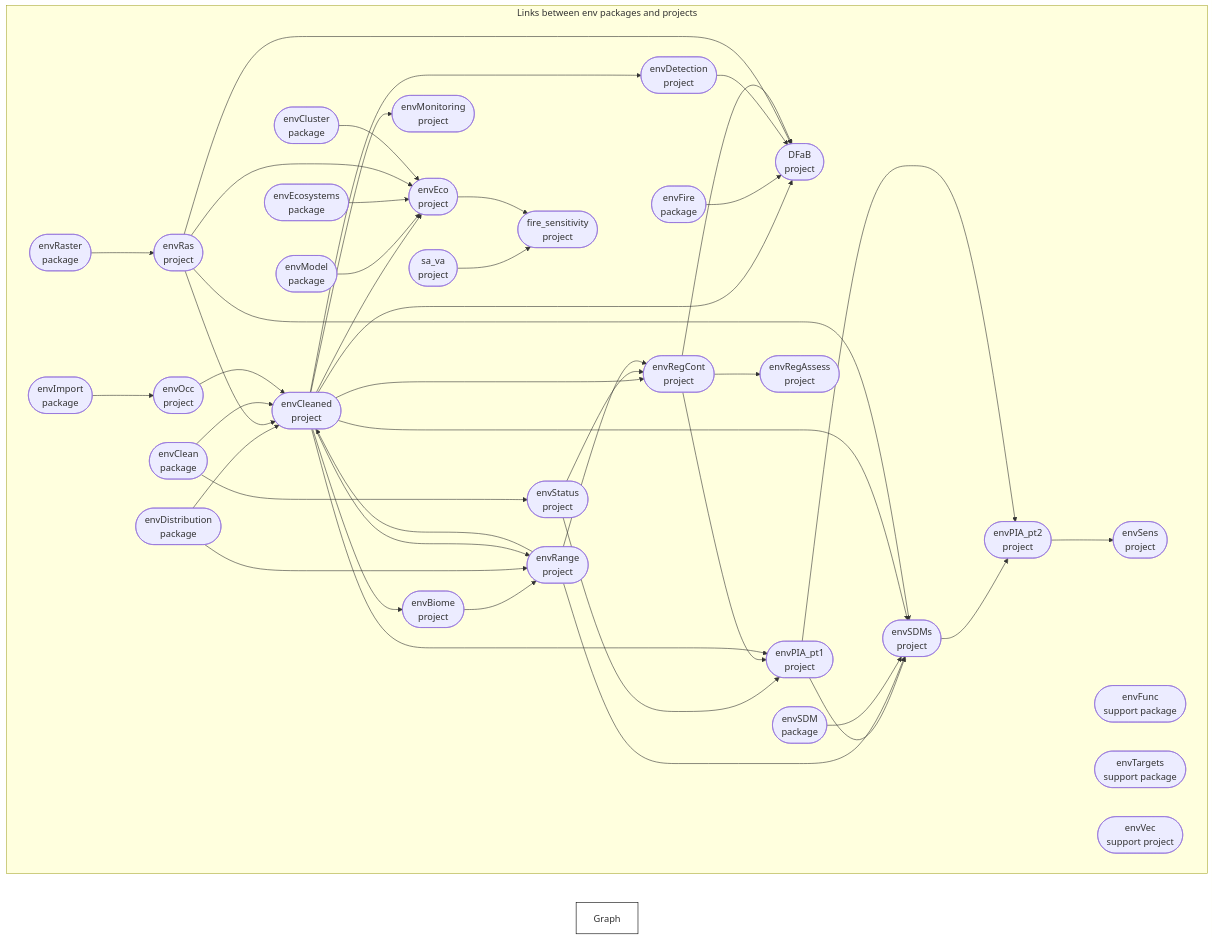
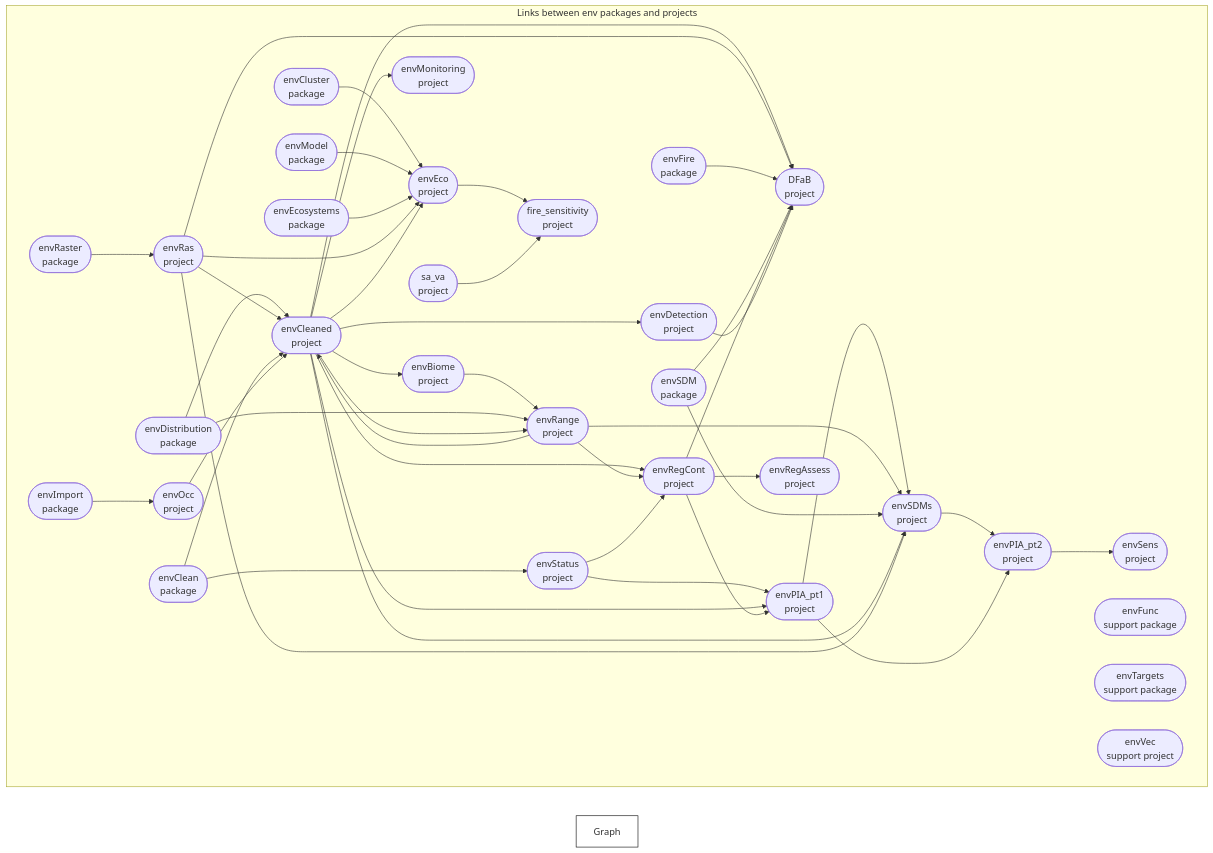
Before and after one commit to dew-landscapes/.github: the diagram in profile/README.md, drawn with Mermaid. The commit also changed other lines of this file and 2 other files, not shown here.

Commit message:
DFaB SDM pkg dependency

````diff
--- a/profile/README.md
+++ b/profile/README.md
@@ -44,51 +44,52 @@
 ``` mermaid
 graph LR
   style Graph fill:#FFFFFF00,stroke:#000000;
   subgraph Links between env packages and projects
     direction LR
     x4e1f08a5bd05b882(["envCleaned<br>project"]):::queued --> x0658f5015c0c4be5(["DFaB<br>project"]):::queued
+    x67b5feaf09e4d0ca(["envRas<br>project"]):::queued --> x0658f5015c0c4be5(["DFaB<br>project"]):::queued
     xb092d78dc6463536(["envFire<br>package"]):::queued --> x0658f5015c0c4be5(["DFaB<br>project"]):::queued
+    x07cddf360e9b199e(["envSDM<br>package"]):::queued --> x0658f5015c0c4be5(["DFaB<br>project"]):::queued
+    x5499a04bf3778295(["envRegCont<br>project"]):::queued --> x0658f5015c0c4be5(["DFaB<br>project"]):::queued
     x0da89b87fbc34bf3(["envDetection<br>project"]):::queued --> x0658f5015c0c4be5(["DFaB<br>project"]):::queued
-    x67b5feaf09e4d0ca(["envRas<br>project"]):::queued --> x0658f5015c0c4be5(["DFaB<br>project"]):::queued
-    x5499a04bf3778295(["envRegCont<br>project"]):::queued --> x0658f5015c0c4be5(["DFaB<br>project"]):::queued
     x4e1f08a5bd05b882(["envCleaned<br>project"]):::queued --> xd8ce469e231f9860(["envBiome<br>project"]):::queued
     xb53407deaf8a50f7(["envDistribution<br>package"]):::queued --> x4e1f08a5bd05b882(["envCleaned<br>project"]):::queued
     x67b5feaf09e4d0ca(["envRas<br>project"]):::queued --> x4e1f08a5bd05b882(["envCleaned<br>project"]):::queued
     x199e33ac94c360fd(["envClean<br>package"]):::queued --> x4e1f08a5bd05b882(["envCleaned<br>project"]):::queued
     x4f41d9ef8b70ed0e(["envRange<br>project"]):::queued --> x4e1f08a5bd05b882(["envCleaned<br>project"]):::queued
     x9d3addc2d3c28cb0(["envOcc<br>project"]):::queued --> x4e1f08a5bd05b882(["envCleaned<br>project"]):::queued
     x4e1f08a5bd05b882(["envCleaned<br>project"]):::queued --> x0da89b87fbc34bf3(["envDetection<br>project"]):::queued
-    x4e1f08a5bd05b882(["envCleaned<br>project"]):::queued --> xc70bb609a37b98f0(["envEco<br>project"]):::queued
+    x9eca96d789260dc6(["envCluster<br>package"]):::queued --> xc70bb609a37b98f0(["envEco<br>project"]):::queued
     x3c05f6553dd2ee1d(["envModel<br>package"]):::queued --> xc70bb609a37b98f0(["envEco<br>project"]):::queued
     x3c533c4f6ac5a427(["envEcosystems<br>package"]):::queued --> xc70bb609a37b98f0(["envEco<br>project"]):::queued
     x67b5feaf09e4d0ca(["envRas<br>project"]):::queued --> xc70bb609a37b98f0(["envEco<br>project"]):::queued
-    x9eca96d789260dc6(["envCluster<br>package"]):::queued --> xc70bb609a37b98f0(["envEco<br>project"]):::queued
+    x4e1f08a5bd05b882(["envCleaned<br>project"]):::queued --> xc70bb609a37b98f0(["envEco<br>project"]):::queued
     x4e1f08a5bd05b882(["envCleaned<br>project"]):::queued --> xae45e25dc1ec55b5(["envMonitoring<br>project"]):::queued
     xa419b1871c902a02(["envImport<br>package"]):::queued --> x9d3addc2d3c28cb0(["envOcc<br>project"]):::queued
     xf290cd0a0c6ffe34(["envStatus<br>project"]):::queued --> xdfa068c3ebc0366d(["envPIA_pt1<br>project"]):::queued
+    x4e1f08a5bd05b882(["envCleaned<br>project"]):::queued --> xdfa068c3ebc0366d(["envPIA_pt1<br>project"]):::queued
     x5499a04bf3778295(["envRegCont<br>project"]):::queued --> xdfa068c3ebc0366d(["envPIA_pt1<br>project"]):::queued
-    x4e1f08a5bd05b882(["envCleaned<br>project"]):::queued --> xdfa068c3ebc0366d(["envPIA_pt1<br>project"]):::queued
     xc1054dd4c63b18e0(["envSDMs<br>project"]):::queued --> xe5749d29c71b6a92(["envPIA_pt2<br>project"]):::queued
     xdfa068c3ebc0366d(["envPIA_pt1<br>project"]):::queued --> xe5749d29c71b6a92(["envPIA_pt2<br>project"]):::queued
     xd8ce469e231f9860(["envBiome<br>project"]):::queued --> x4f41d9ef8b70ed0e(["envRange<br>project"]):::queued
     xb53407deaf8a50f7(["envDistribution<br>package"]):::queued --> x4f41d9ef8b70ed0e(["envRange<br>project"]):::queued
     x4e1f08a5bd05b882(["envCleaned<br>project"]):::queued --> x4f41d9ef8b70ed0e(["envRange<br>project"]):::queued
     x89ac92b9bcad912d(["envRaster<br>package"]):::queued --> x67b5feaf09e4d0ca(["envRas<br>project"]):::queued
     x5499a04bf3778295(["envRegCont<br>project"]):::queued --> x880df32bd41b0aa9(["envRegAssess<br>project"]):::queued
     x4e1f08a5bd05b882(["envCleaned<br>project"]):::queued --> x5499a04bf3778295(["envRegCont<br>project"]):::queued
+    x4f41d9ef8b70ed0e(["envRange<br>project"]):::queued --> x5499a04bf3778295(["envRegCont<br>project"]):::queued
     xf290cd0a0c6ffe34(["envStatus<br>project"]):::queued --> x5499a04bf3778295(["envRegCont<br>project"]):::queued
-    x4f41d9ef8b70ed0e(["envRange<br>project"]):::queued --> x5499a04bf3778295(["envRegCont<br>project"]):::queued
     xdfa068c3ebc0366d(["envPIA_pt1<br>project"]):::queued --> xc1054dd4c63b18e0(["envSDMs<br>project"]):::queued
     x4f41d9ef8b70ed0e(["envRange<br>project"]):::queued --> xc1054dd4c63b18e0(["envSDMs<br>project"]):::queued
     x07cddf360e9b199e(["envSDM<br>package"]):::queued --> xc1054dd4c63b18e0(["envSDMs<br>project"]):::queued
     x4e1f08a5bd05b882(["envCleaned<br>project"]):::queued --> xc1054dd4c63b18e0(["envSDMs<br>project"]):::queued
     x67b5feaf09e4d0ca(["envRas<br>project"]):::queued --> xc1054dd4c63b18e0(["envSDMs<br>project"]):::queued
     xe5749d29c71b6a92(["envPIA_pt2<br>project"]):::queued --> x2d1dcea9060b62fe(["envSens<br>project"]):::queued
     x199e33ac94c360fd(["envClean<br>package"]):::queued --> xf290cd0a0c6ffe34(["envStatus<br>project"]):::queued
+    xc70bb609a37b98f0(["envEco<br>project"]):::queued --> x0f16edc93d113ef9(["fire_sensitivity<br>project"]):::queued
     xb2a4767da474386b(["sa_va<br>project"]):::queued --> x0f16edc93d113ef9(["fire_sensitivity<br>project"]):::queued
-    xc70bb609a37b98f0(["envEco<br>project"]):::queued --> x0f16edc93d113ef9(["fire_sensitivity<br>project"]):::queued
     x6832f874a98057bb(["envFunc<br>support package"]):::queued
     xb03046fba8fa1b84(["envTargets<br>support package"]):::queued
     xa92bc89dfa147112(["envVec<br>support project"]):::queued
   end
 ```
````
